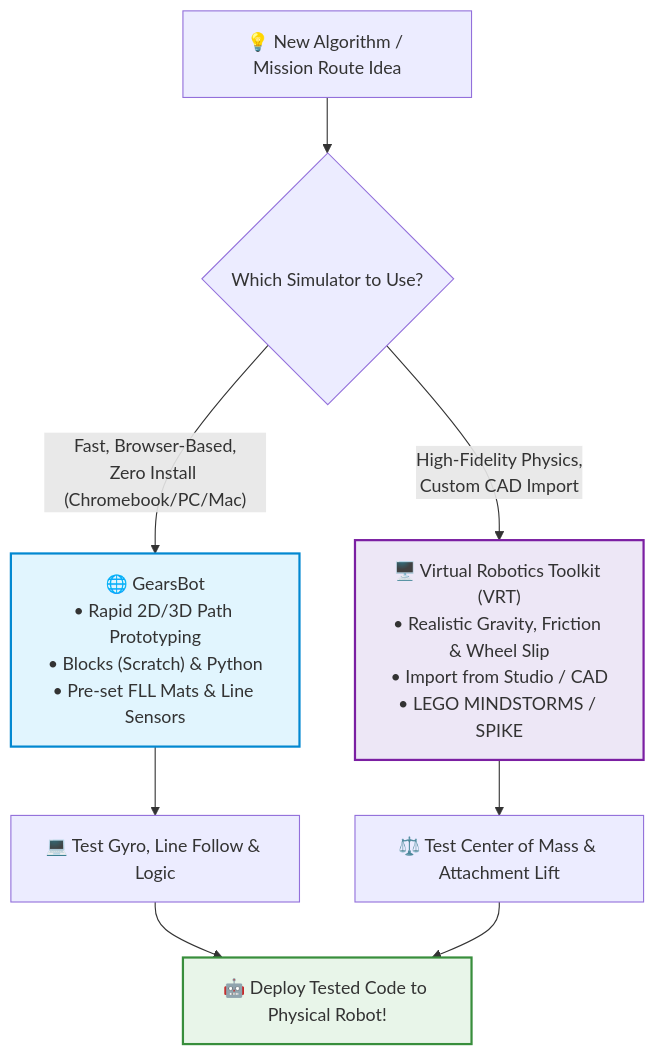
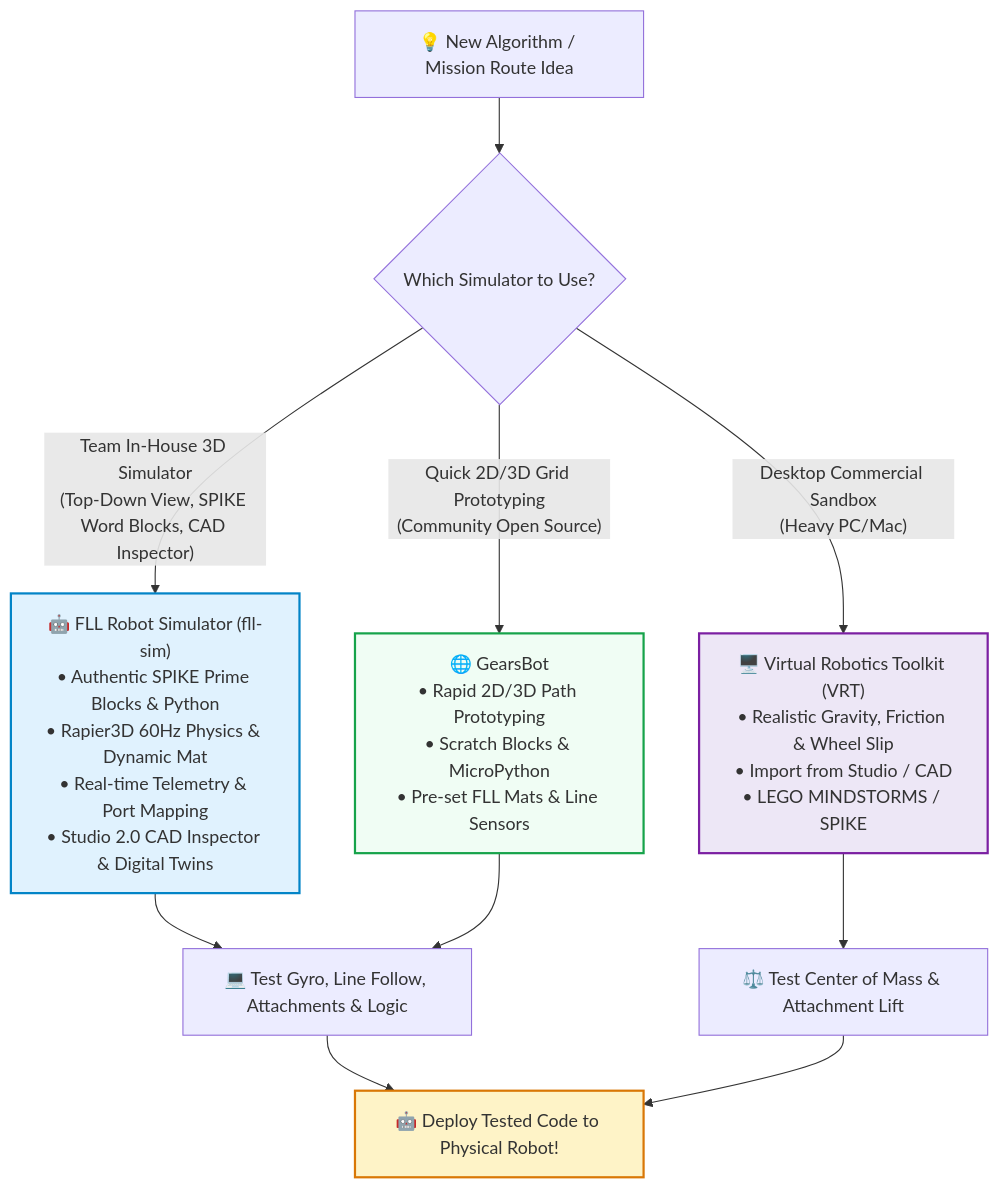
One commit to jaimeyu/FLL_76265_2026_BIOGLOW changed the first of 2 diagrams in doc/guides/advanced_tutorials_and_simulators.md. Above: the diagram before and after it, drawn with Mermaid. The commit also changed other lines of this file and 14 other files, not shown here.

Commit message:
docs: integrate 3D robot simulator guides, screenshots, and tutorial references

````diff
--- a/doc/guides/advanced_tutorials_and_simulators.md
+++ b/doc/guides/advanced_tutorials_and_simulators.md
@@ -18,18 +18,22 @@
 ```mermaid
 flowchart TD
     Idea["💡 New Algorithm / Mission Route Idea"] --> Choice{"Which Simulator to Use?"}
 
-    Choice -->|"Fast, Browser-Based,<br/>Zero Install (Chromebook/PC/Mac)"| GB["🌐 GearsBot<br/>• Rapid 2D/3D Path Prototyping<br/>• Blocks (Scratch) & Python<br/>• Pre-set FLL Mats & Line Sensors"]
+    Choice -->|"Team In-House 3D Simulator<br/>(Top-Down View, SPIKE Word Blocks, CAD Inspector)"| SIM["🤖 FLL Robot Simulator (fll-sim)<br/>• Authentic SPIKE Prime Blocks & Python<br/>• Rapier3D 60Hz Physics & Dynamic Mat<br/>• Real-time Telemetry & Port Mapping<br/>• Studio 2.0 CAD Inspector & Digital Twins"]
 
-    Choice -->|"High-Fidelity Physics,<br/>Custom CAD Import"| VRT["🖥️ Virtual Robotics Toolkit (VRT)<br/>• Realistic Gravity, Friction & Wheel Slip<br/>• Import from Studio / CAD<br/>• LEGO MINDSTORMS / SPIKE"]
+    Choice -->|"Quick 2D/3D Grid Prototyping<br/>(Community Open Source)"| GB["🌐 GearsBot<br/>• Rapid 2D/3D Path Prototyping<br/>• Scratch Blocks & MicroPython<br/>• Pre-set FLL Mats & Line Sensors"]
 
-    GB --> TestCode["💻 Test Gyro, Line Follow & Logic"]
+    Choice -->|"Desktop Commercial Sandbox<br/>(Heavy PC/Mac)"| VRT["🖥️ Virtual Robotics Toolkit (VRT)<br/>• Realistic Gravity, Friction & Wheel Slip<br/>• Import from Studio / CAD<br/>• LEGO MINDSTORMS / SPIKE"]
+
+    SIM --> TestCode["💻 Test Gyro, Line Follow, Attachments & Logic"]
+    GB --> TestCode
     VRT --> TestPhysics["⚖️ Test Center of Mass & Attachment Lift"]
 
     TestCode --> RealBot["🤖 Deploy Tested Code to Physical Robot!"]
     TestPhysics --> RealBot
 
-    style GB fill:#e1f5fe,stroke:#0288d1,stroke-width:2px;
+    style SIM fill:#e0f2fe,stroke:#0284c7,stroke-width:2px;
+    style GB fill:#f0fdf4,stroke:#16a34a,stroke-width:2px;
     style VRT fill:#ede7f6,stroke:#7b1fa2,stroke-width:2px;
-    style RealBot fill:#e8f5e9,stroke:#388e3c,stroke-width:2px;
+    style RealBot fill:#fef3c7,stroke:#d97706,stroke-width:2px;
 ```
````
